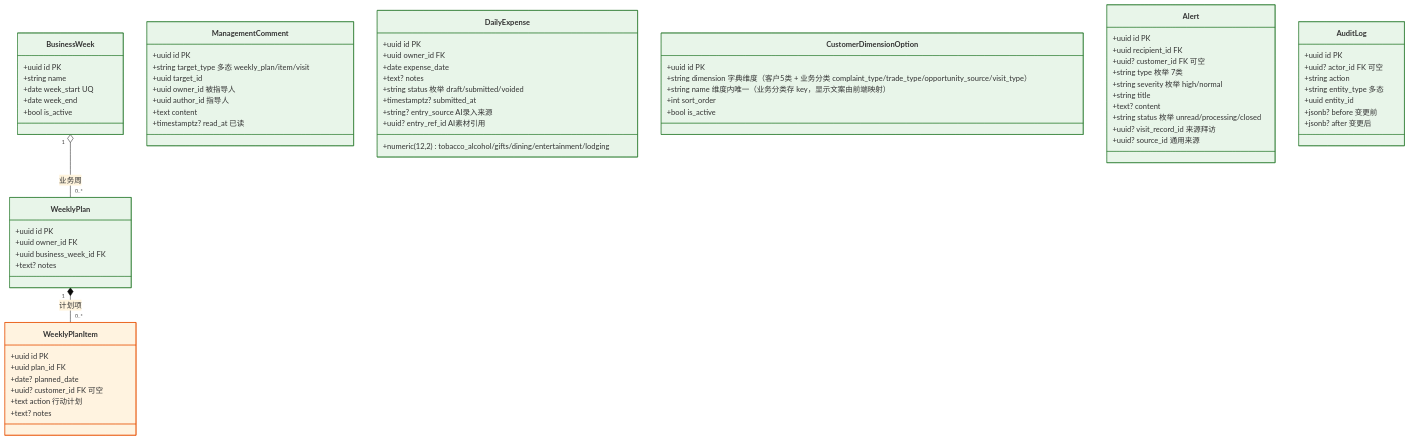
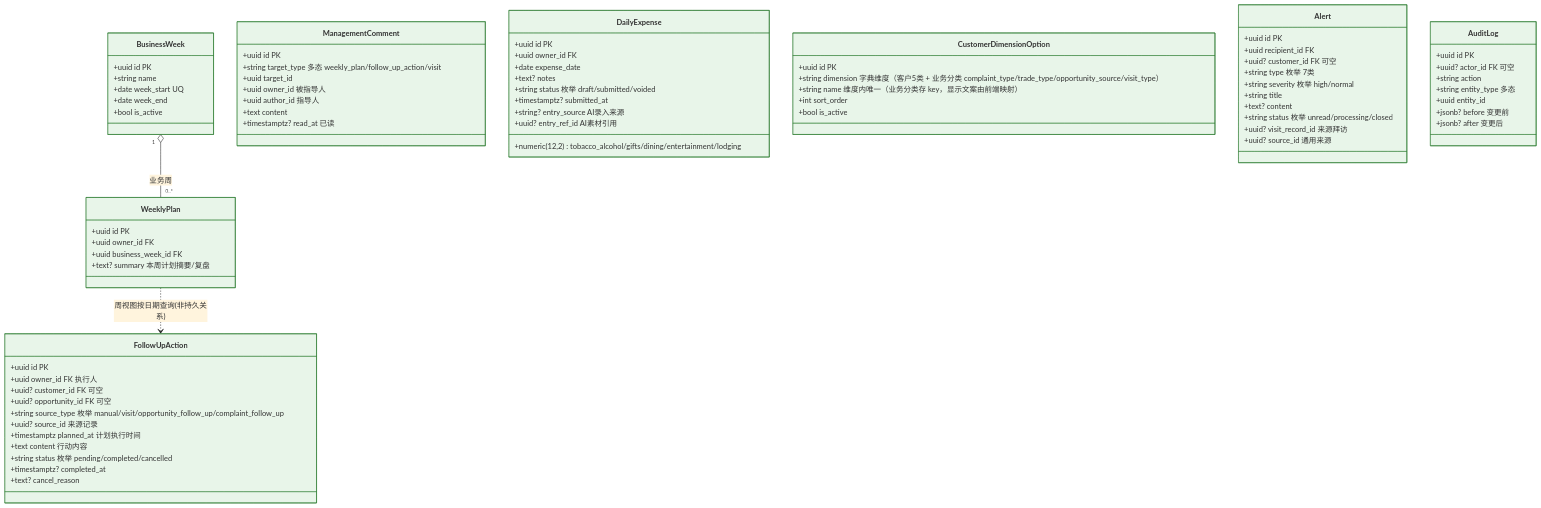
The fourth of 26 diagrams in docs/重构架构决策与实施蓝图.md (lixiname/LITECRM), drawn with Mermaid (base theme) before and after one commit. The commit also changed other lines of this file and 8 other files, not shown here.

```diff
--- a/docs/重构架构决策与实施蓝图.md
+++ b/docs/重构架构决策与实施蓝图.md
@@ -554,19 +600,24 @@
         +uuid id PK
         +uuid owner_id FK
         +uuid business_week_id FK
-        +text? notes
+        +text? summary 本周计划摘要/复盘
     }
-    class WeeklyPlanItem {
+    class FollowUpAction {
         +uuid id PK
-        +uuid plan_id FK
-        +date? planned_date
+        +uuid owner_id FK 执行人
         +uuid? customer_id FK 可空
-        +text action 行动计划
-        +text? notes
+        +uuid? opportunity_id FK 可空
+        +string source_type 枚举 manual/visit/opportunity_follow_up/complaint_follow_up
+        +uuid? source_id 来源记录
+        +timestamptz planned_at 计划执行时间
+        +text content 行动内容
+        +string status 枚举 pending/completed/cancelled
+        +timestamptz? completed_at
+        +text? cancel_reason
     }
     class ManagementComment {
         +uuid id PK
-        +string target_type 多态 weekly_plan/item/visit
+        +string target_type 多态 weekly_plan/follow_up_action/visit
         +uuid target_id
         +uuid owner_id 被指导人
         +uuid author_id 指导人
@@ -613,10 +664,10 @@
         +jsonb? after 变更后
     }
     BusinessWeek "1" o-- "0..*" WeeklyPlan : 业务周
-    WeeklyPlan "1" *-- "0..*" WeeklyPlanItem : 计划项
+    WeeklyPlan ..> FollowUpAction : 周视图按日期查询(非持久关系)
     style BusinessWeek fill:#e8f5e9,stroke:#2e7d32
     style WeeklyPlan fill:#e8f5e9,stroke:#2e7d32
-    style WeeklyPlanItem fill:#fff3e0,stroke:#e65100
+    style FollowUpAction fill:#e8f5e9,stroke:#2e7d32
     style ManagementComment fill:#e8f5e9,stroke:#2e7d32
     style DailyExpense fill:#e8f5e9,stroke:#2e7d32
     style CustomerDimensionOption fill:#e8f5e9,stroke:#2e7d32
```
